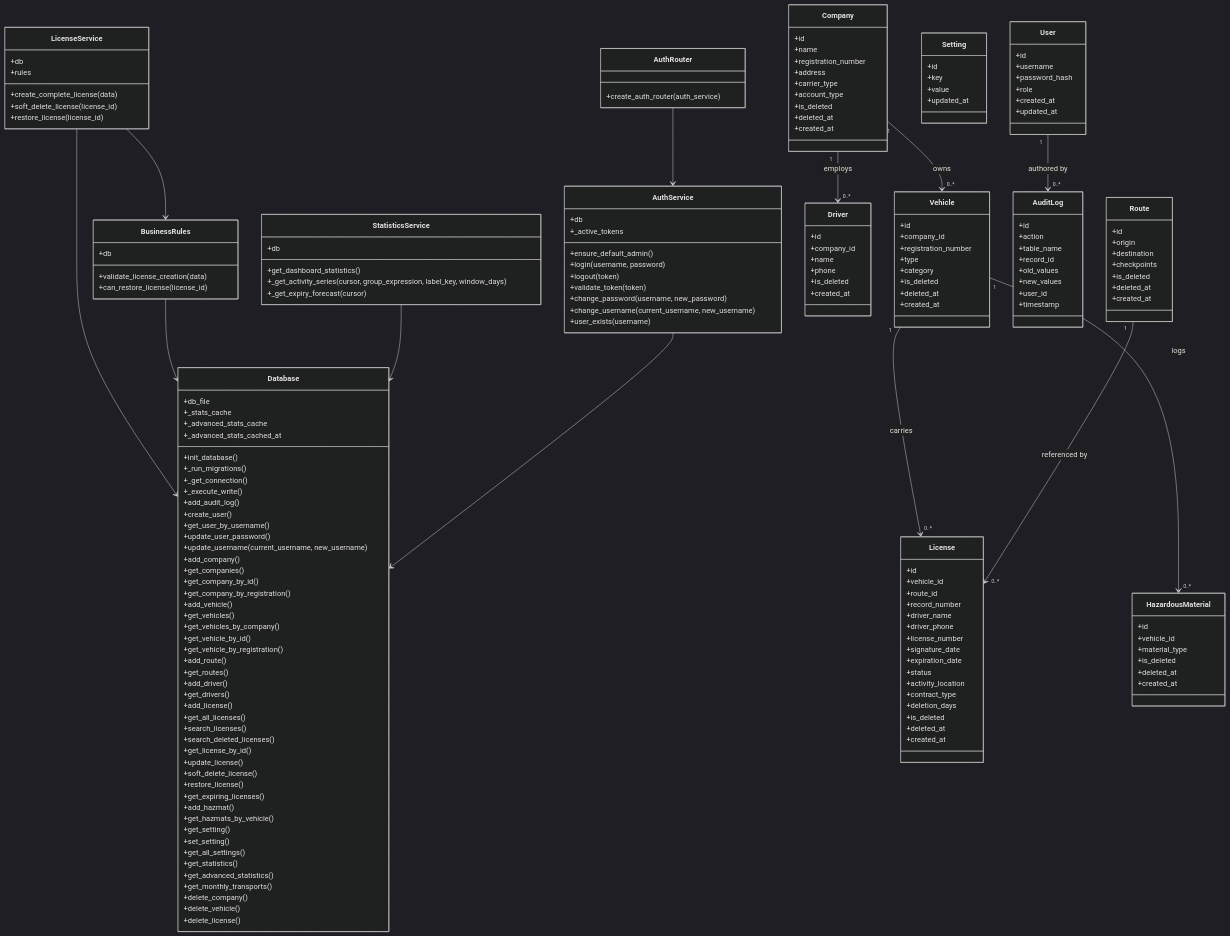
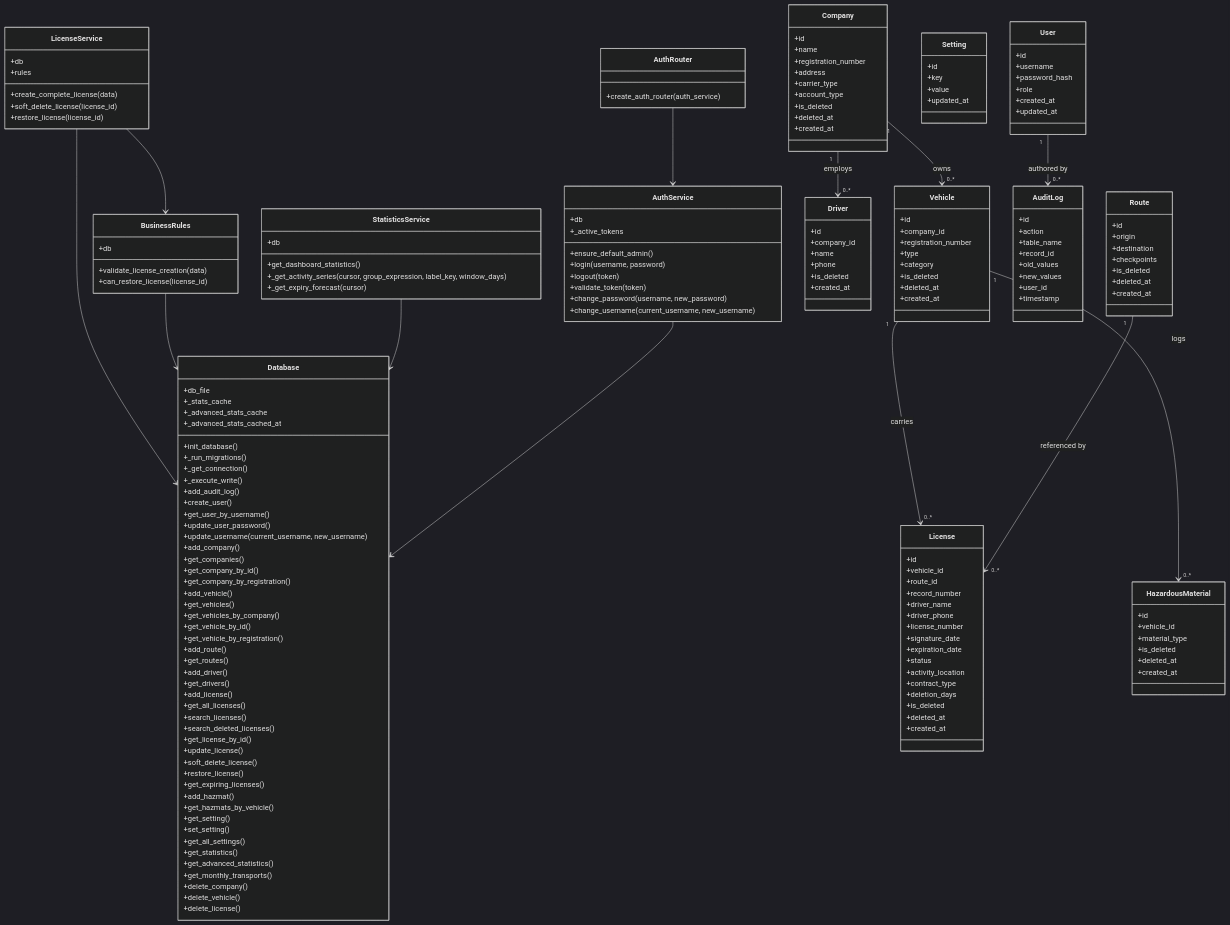
One commit to raouf-bendahmouche/hazmate changed the fourth of 4 diagrams in docs/system_architecture.md. Above: the diagram before and after it, drawn with Mermaid (dark theme). The commit also changed other lines of this file and 14 other files, not shown here.

```diff
--- a/docs/system_architecture.md
+++ b/docs/system_architecture.md
@@ -282,7 +282,6 @@
 		+validate_token(token)
 		+change_password(username, new_password)
 		+change_username(current_username, new_username)
-		+user_exists(username)
 	}
 
 	class AuthRouter {
```
